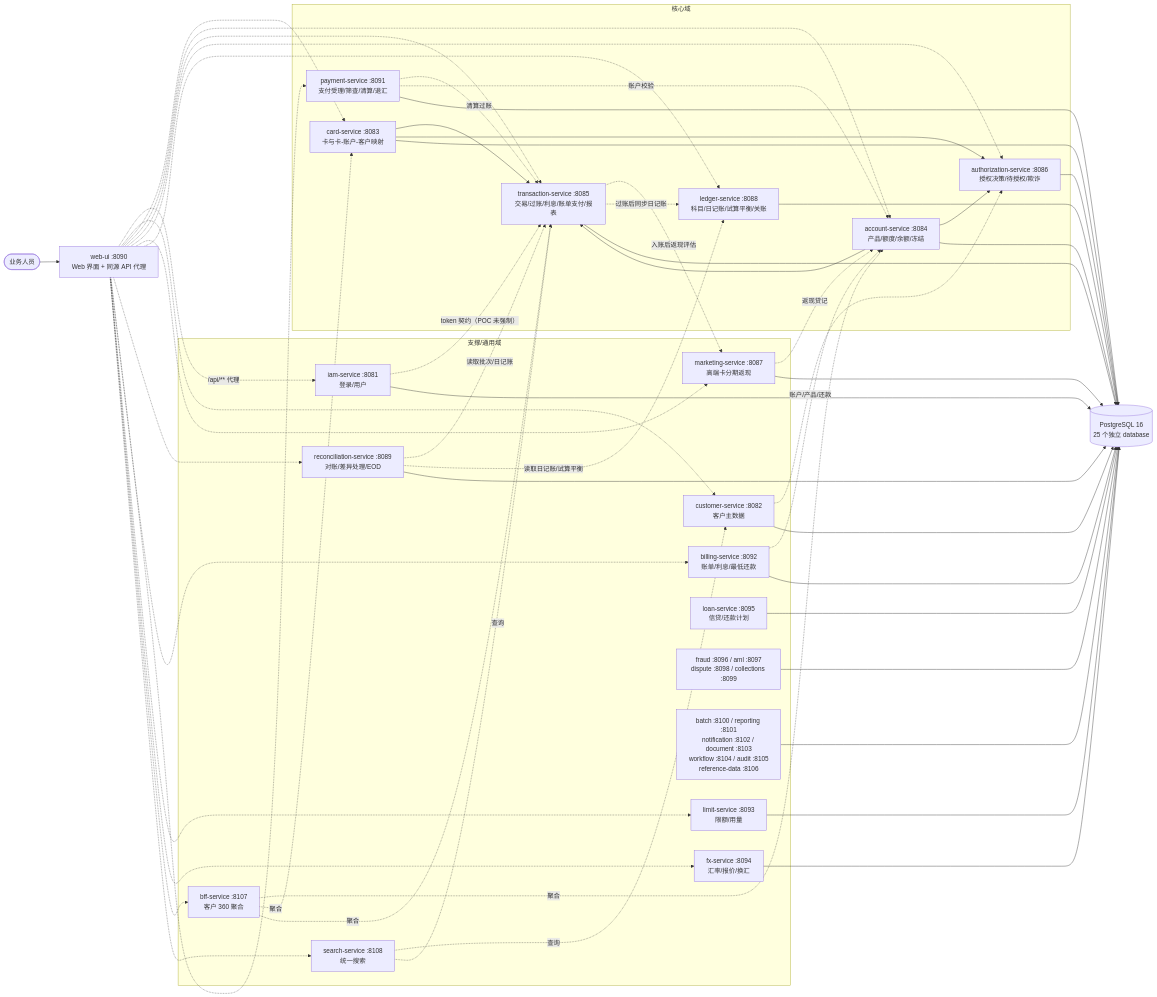
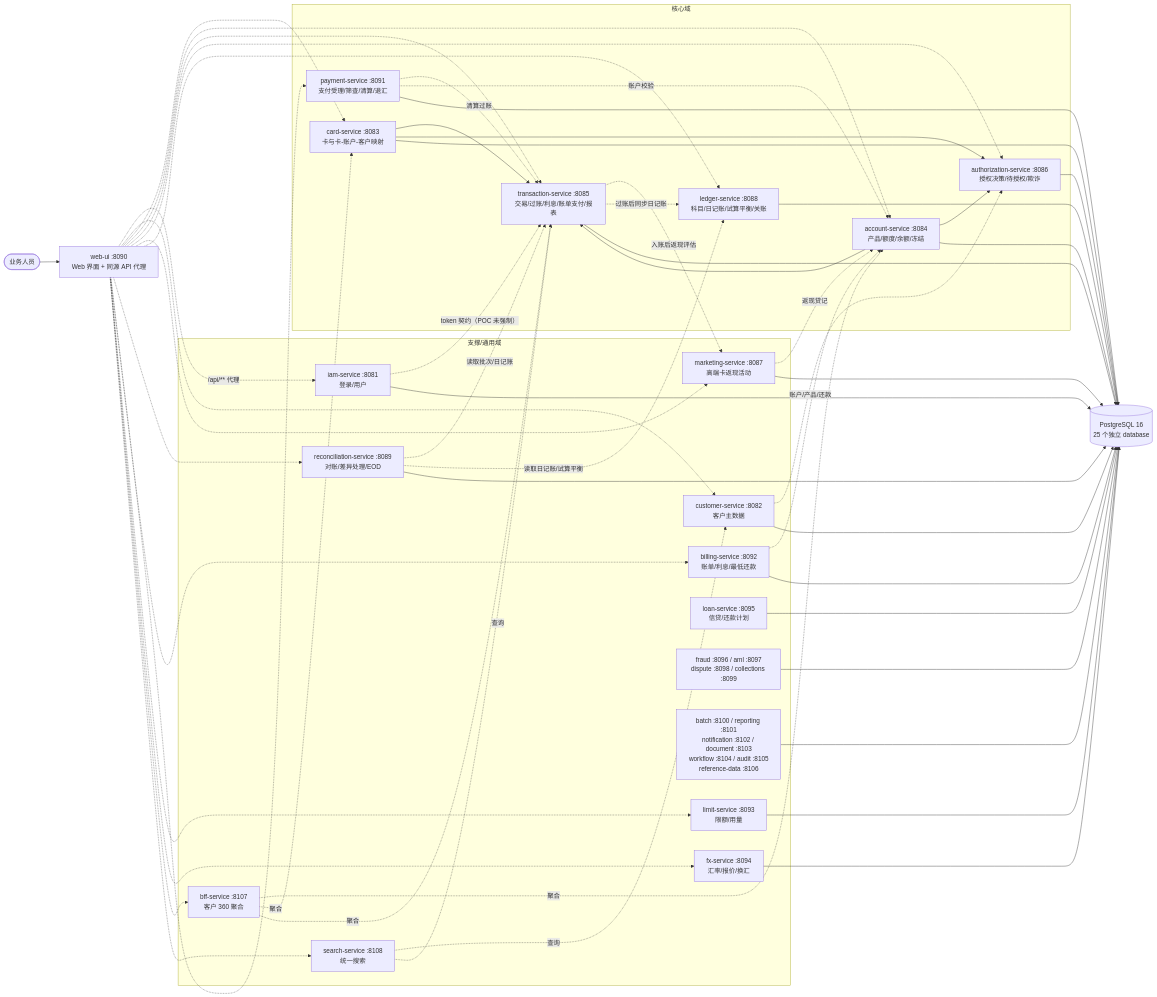
The diagram in README.md (JeffyLiu003/carddemo-java-1025), drawn with Mermaid before and after one commit. The commit also changed other lines of this file and 1 other file, not shown here.

````diff
--- a/README.md
+++ b/README.md
@@ -10,78 +25,78 @@
 ```mermaid
 graph LR
     USER([业务人员]) --> WEB[web-ui :8090<br/>Web 界面 + 同源 API 代理]
     subgraph 核心域
       TXN[transaction-service :8085<br/>交易/过账/利息/账单支付/报表]
       LEDGER[ledger-service :8088<br/>科目/日记账/试算平衡/关账]
       PAY[payment-service :8091<br/>支付受理/筛查/清算/退汇]
       AUTH[authorization-service :8086<br/>授权决策/待授权/欺诈]
       ACCT[account-service :8084<br/>产品/额度/余额/冻结]
       CARD[card-service :8083<br/>卡与卡-账户-客户映射]
     end
     subgraph 支撑/通用域
       CUST[customer-service :8082<br/>客户主数据]
       IAM[iam-service :8081<br/>登录/用户]
-      MKT[marketing-service :8087<br/>高端卡分期返现]
+      MKT[marketing-service :8087<br/>高端卡返现活动]
       RECON[reconciliation-service :8089<br/>对账/差异处理/EOD]
       BILL[billing-service :8092<br/>账单/利息/最低还款]
       LIMIT[limit-service :8093<br/>限额/用量]
       FX[fx-service :8094<br/>汇率/报价/换汇]
       LENDING[loan-service :8095<br/>信贷/还款计划]
       RISK[fraud :8096 / aml :8097<br/>dispute :8098 / collections :8099]
       OPS[batch :8100 / reporting :8101<br/>notification :8102 / document :8103<br/>workflow :8104 / audit :8105<br/>reference-data :8106]
       BFF[bff-service :8107<br/>客户 360 聚合]
       SEARCH[search-service :8108<br/>统一搜索]
     end
     DB[(PostgreSQL 16<br/>25 个独立 database)]
 
     WEB -. /api/** 代理 .-> IAM
     WEB -.-> CUST
     WEB -.-> CARD
     WEB -.-> ACCT
     WEB -.-> TXN
     WEB -.-> AUTH
     WEB -.-> MKT
     WEB -.-> LEDGER
     WEB -.-> RECON
     WEB -.-> PAY
     WEB -.-> BILL
     WEB -.-> LIMIT
     WEB -.-> FX
     WEB -.-> BFF
     WEB -.-> SEARCH
     CARD --> TXN
     ACCT --> TXN
     CARD --> AUTH
     ACCT --> AUTH
     CUST -.-> AUTH
     IAM -. token 契约（POC 未强制） .-> TXN
     TXN -. 入账后返现评估 .-> MKT
     TXN -. 过账后同步日记账 .-> LEDGER
     RECON -. 读取批次/日记账 .-> TXN
     RECON -. 读取日记账/试算平衡 .-> LEDGER
     PAY -. 清算过账 .-> TXN
     PAY -. 账户校验 .-> ACCT
     BILL -. 账户/产品/还款 .-> ACCT
     BFF -. 聚合 .-> ACCT
     BFF -. 聚合 .-> CARD
     BFF -. 聚合 .-> TXN
     SEARCH -. 查询 .-> CUST
     SEARCH -. 查询 .-> TXN
     MKT -. 返现贷记 .-> ACCT
     TXN --> DB
     LEDGER --> DB
     RECON --> DB
     PAY --> DB
     BILL --> DB
     LIMIT --> DB
     FX --> DB
     LENDING --> DB
     RISK --> DB
     OPS --> DB
     AUTH --> DB
     ACCT --> DB
     CARD --> DB
     CUST --> DB
     IAM --> DB
     MKT --> DB
 ```
````
